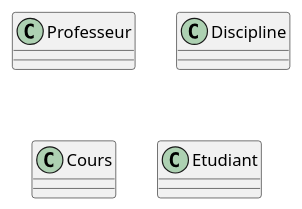
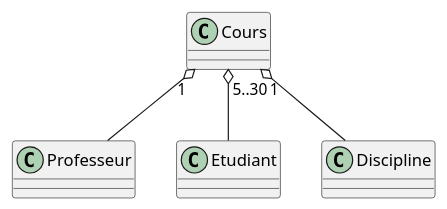
The diagram in uml/classes2.puml (pdl-classroom/diagramme-de-classe-vrai-faux-Theodrosrun), drawn with PlantUML before and after one commit. The commit also changed 1 other file, not shown here.

```diff
--- a/uml/classes2.puml
+++ b/uml/classes2.puml
@@ -1,15 +1,15 @@
 @startuml
 
-class Professeur {
-}
+class Professeur
 
-class Discipline {
-}
+class Etudiant
 
-class Cours {
-}
+class Cours
 
-class Etudiant {
-}
+class Discipline
+
+Cours "1" o-- Professeur 
+Cours "1" o-- Discipline 
+Cours "5..30" o-- Etudiant 
 
 @enduml
```
